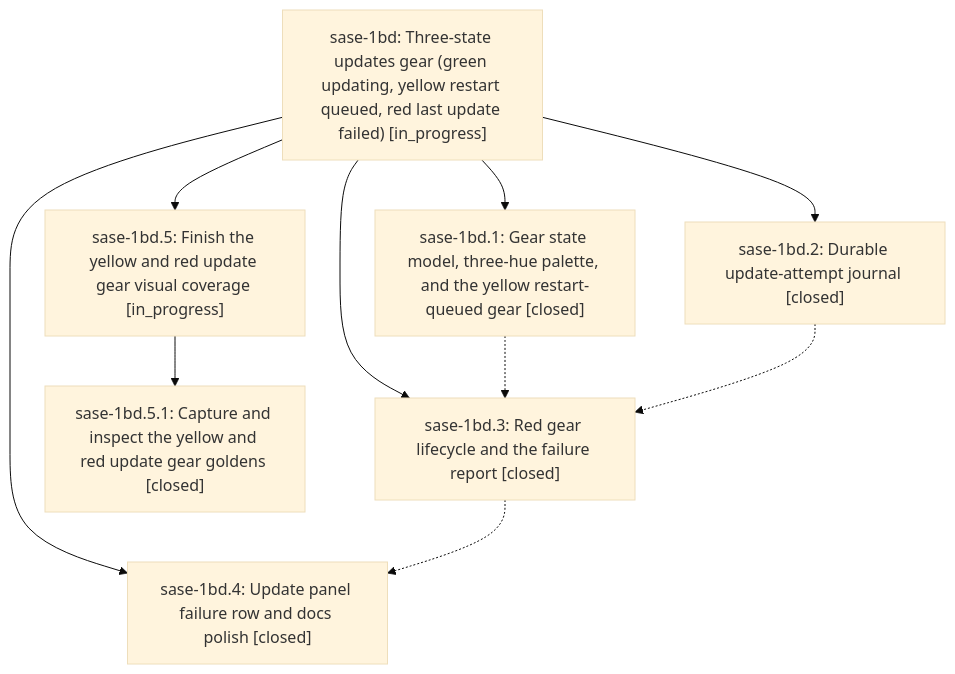
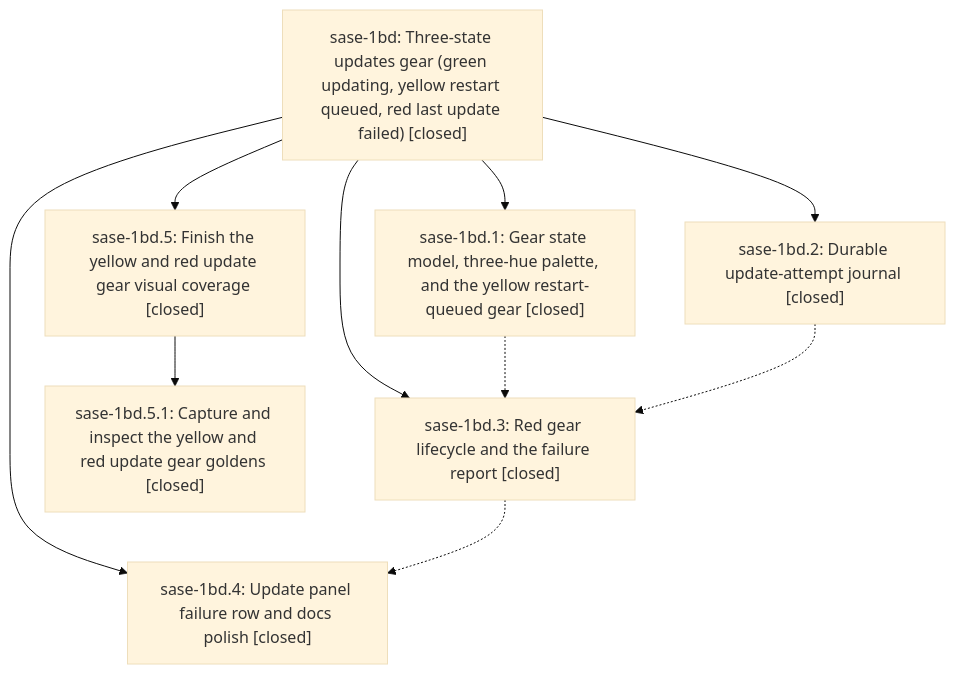
The diagram in pages/sase-1bd/README.md (sase-org/sase--beads), drawn with Mermaid (base theme) before and after one commit. The commit also changed other lines of this file and 2 other files, not shown here.

First line of the commit message:
chore(beads): sync bead state and pages for sase-1bd

````diff
--- a/pages/sase-1bd/README.md
+++ b/pages/sase-1bd/README.md
@@ -43,19 +45,19 @@
 ```mermaid
 flowchart TD
-    n0["sase-1bd: Three-state updates gear (green updating, yellow restart queued, red last update failed) [in_progress]"]
+    n0["sase-1bd: Three-state updates gear (green updating, yellow restart queued, red last update failed) [closed]"]
     n1["sase-1bd.1: Gear state model, three-hue palette, and the yellow restart-queued gear [closed]"]
     n2["sase-1bd.2: Durable update-attempt journal [closed]"]
     n3["sase-1bd.3: Red gear lifecycle and the failure report [closed]"]
     n4["sase-1bd.4: Update panel failure row and docs polish [closed]"]
-    n5["sase-1bd.5: Finish the yellow and red update gear visual coverage [in_progress]"]
+    n5["sase-1bd.5: Finish the yellow and red update gear visual coverage [closed]"]
     n6["sase-1bd.5.1: Capture and inspect the yellow and red update gear goldens [closed]"]
     n0 --> n1
     n0 --> n2
     n0 --> n3
     n0 --> n4
     n0 --> n5
     n5 --> n6
     n1 -.-> n3
     n2 -.-> n3
     n3 -.-> n4
 ```
````
